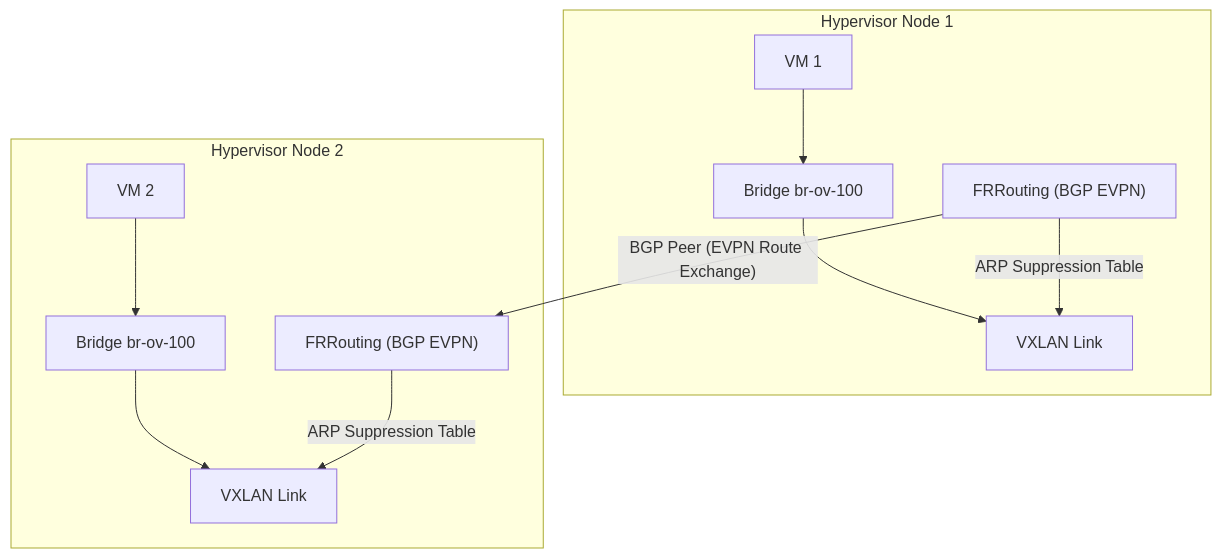
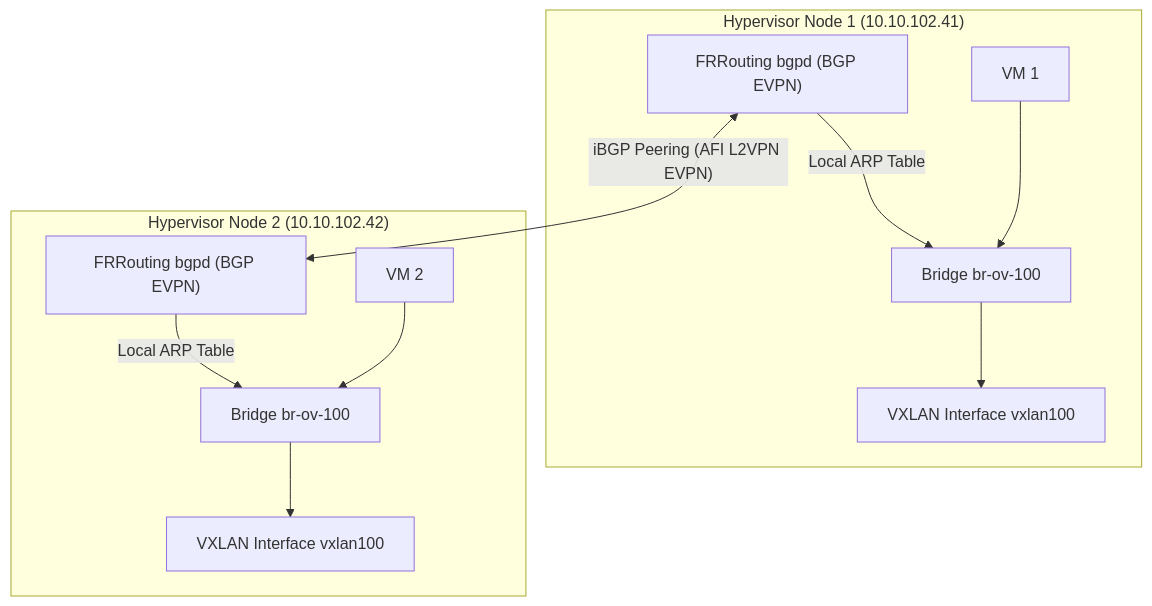
Before and after one commit to AuroraRyunix/Helios-HCI: the fourth of 5 diagrams in docs/add_ons_design.md, drawn with Mermaid. The commit also changed other lines of this file and 8 other files, not shown here.

````diff
--- a/docs/add_ons_design.md
+++ b/docs/add_ons_design.md
@@ -107,16 +157,16 @@
 ```mermaid
 graph TD
-    subgraph Host1 ["Hypervisor Node 1"]
-        V1["VM 1"] --> Br1["Bridge br-ov-100"]
-        Br1 --> VX1["VXLAN Link"]
-        FRR1["FRRouting (BGP EVPN)"]
+    subgraph Host1 ["Hypervisor Node 1 (10.10.102.41)"]
+        VM1["VM 1"] --> Br1["Bridge br-ov-100"]
+        Br1 --> VX1["VXLAN Interface vxlan100"]
+        FRR1["FRRouting bgpd (BGP EVPN)"]
     end
-    subgraph Host2 ["Hypervisor Node 2"]
-        V2["VM 2"] --> Br2["Bridge br-ov-100"]
-        Br2 --> VX2["VXLAN Link"]
-        FRR2["FRRouting (BGP EVPN)"]
+    subgraph Host2 ["Hypervisor Node 2 (10.10.102.42)"]
+        VM2["VM 2"] --> Br2["Bridge br-ov-100"]
+        Br2 --> VX2["VXLAN Interface vxlan100"]
+        FRR2["FRRouting bgpd (BGP EVPN)"]
     end
-    FRR1 -- BGP Peer (EVPN Route Exchange) --> FRR2
-    FRR1 -- ARP Suppression Table --> VX1
-    FRR2 -- ARP Suppression Table --> VX2
+    FRR1 <-- iBGP Peering (AFI L2VPN EVPN) --> FRR2
+    FRR1 -- Local ARP Table --> Br1
+    FRR2 -- Local ARP Table --> Br2
 ```
````
